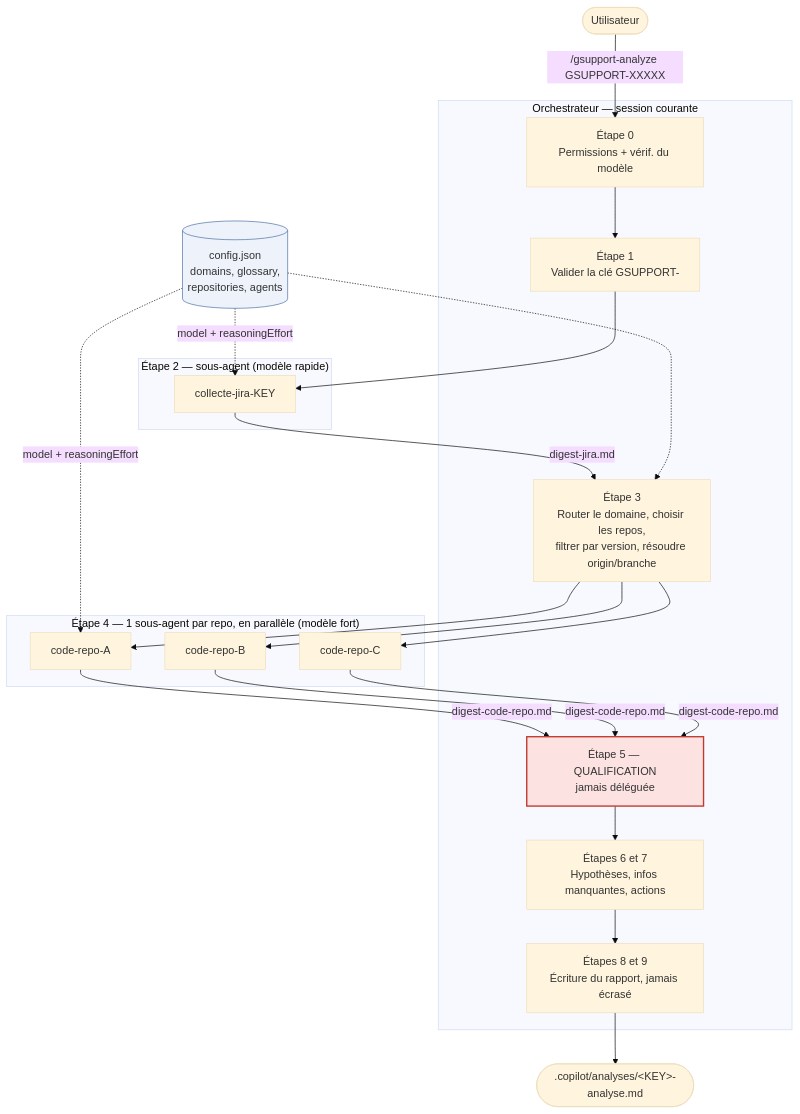
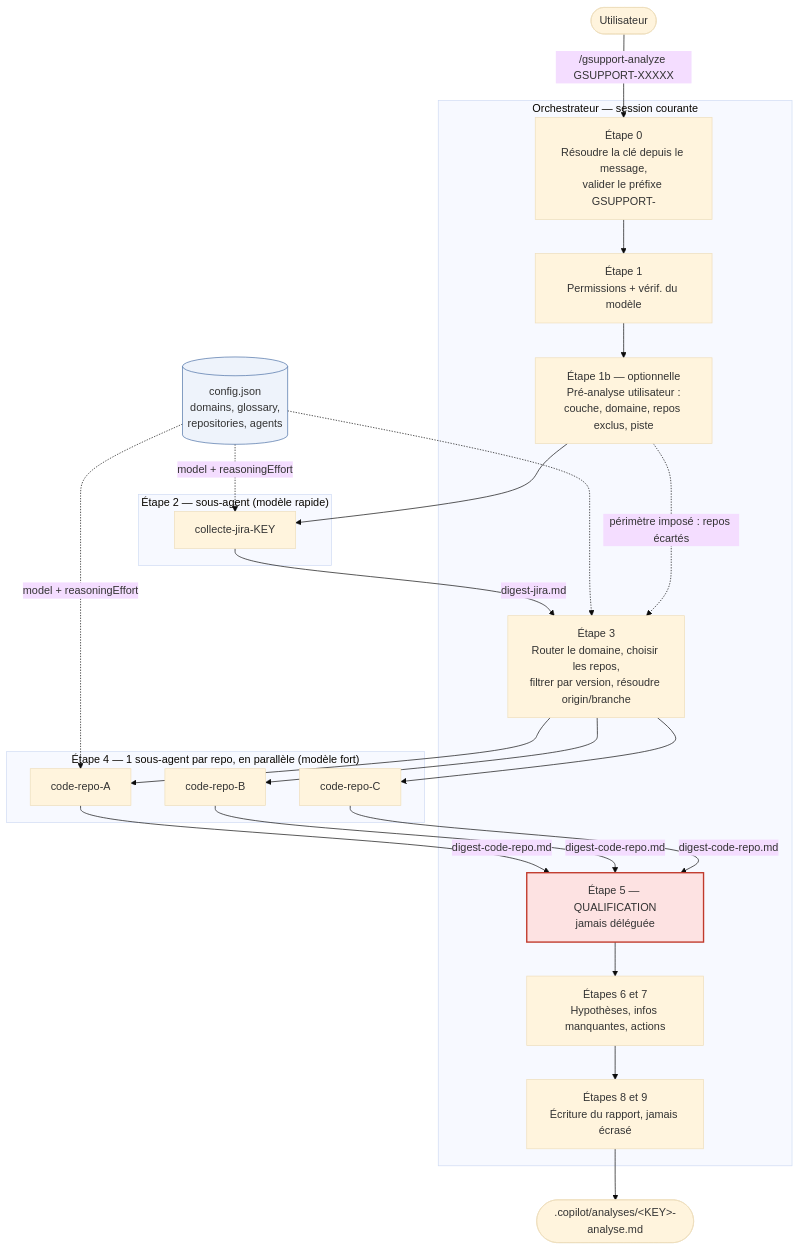
Before and after one commit to tomsoulage-dedalus/presc-workflows-tools: the first of 5 diagrams in skills/gsupport-analyze/ARCHITECTURE.md, drawn with Mermaid (base theme). The commit also changed other lines of this file and 1 other file, not shown here.

Commit message:
gsupport-analyze: ne plus redemander la clé, ajouter une pré-analyse utilisateur
La clé du ticket tapée après la commande n'était jamais lue : le skill la
redemandait alors qu'elle avait déjà été fournie, et l'étape permissions
imposait de relancer la commande entière.

- nouvelle section « Résolution de l'ISSUE_KEY » : message déclencheur, URL
  Jira, puis historique de session ; clé figée pour toute l'analyse
- étape 0 = validation de la clé, désormais avant les permissions, avec le cas
  « aucune clé fournie »
- étape 1 = permissions : après /allow-all, reprise directe sans retaper la
  commande
- nouvelle étape 1b optionnelle : pré-analyse utilisateur (couche, domaine,
  repos à exclure, piste) pour ne pas lancer d'agent code sur des repos hors
  sujet ; restriction tracée dans le rapport et jamais bloquante
- ARCHITECTURE.md : diagramme et tableau de découpage mis à jour

````diff
--- a/skills/gsupport-analyze/ARCHITECTURE.md
+++ b/skills/gsupport-analyze/ARCHITECTURE.md
@@ -26,36 +26,38 @@
 ```mermaid
 flowchart TD
     U([Utilisateur]) -->|/gsupport-analyze GSUPPORT-XXXXX| E0
 
     subgraph ORCH["Orchestrateur — session courante"]
-        E0["Étape 0<br/>Permissions + vérif. du modèle"]
-        E1["Étape 1<br/>Valider la clé GSUPPORT-"]
+        E0["Étape 0<br/>Résoudre la clé depuis le message,<br/>valider le préfixe GSUPPORT-"]
+        E1["Étape 1<br/>Permissions + vérif. du modèle"]
+        E1B["Étape 1b — optionnelle<br/>Pré-analyse utilisateur :<br/>couche, domaine, repos exclus, piste"]
         E3["Étape 3<br/>Router le domaine, choisir les repos,<br/>filtrer par version, résoudre origin/branche"]
         E5["Étape 5 — QUALIFICATION<br/>jamais déléguée"]
         E6["Étapes 6 et 7<br/>Hypothèses, infos manquantes, actions"]
         E89["Étapes 8 et 9<br/>Écriture du rapport, jamais écrasé"]
     end
 
     subgraph SUB2["Étape 2 — sous-agent (modèle rapide)"]
         A2["collecte-jira-KEY"]
     end
 
     subgraph SUB4["Étape 4 — 1 sous-agent par repo, en parallèle (modèle fort)"]
         A4A["code-repo-A"]
         A4B["code-repo-B"]
         A4C["code-repo-C"]
     end
 
-    E0 --> E1 --> A2
+    E0 --> E1 --> E1B --> A2
     A2 -->|digest-jira.md| E3
     E3 --> A4A & A4B & A4C
     A4A & A4B & A4C -->|digest-code-repo.md| E5
     E5 --> E6 --> E89 --> R([".copilot/analyses/&lt;KEY&gt;-analyse.md"])
 
     CFG[(config.json<br/>domains, glossary,<br/>repositories, agents)] -.-> E3
+    E1B -.->|périmètre imposé : repos écartés| E3
     CFG -.->|model + reasoningEffort| A2
     CFG -.->|model + reasoningEffort| A4A
 
     style E5 fill:#fde2e2,stroke:#c0392b,stroke-width:2px
     style CFG fill:#eef3fb,stroke:#4a6fa5
 ```
````
